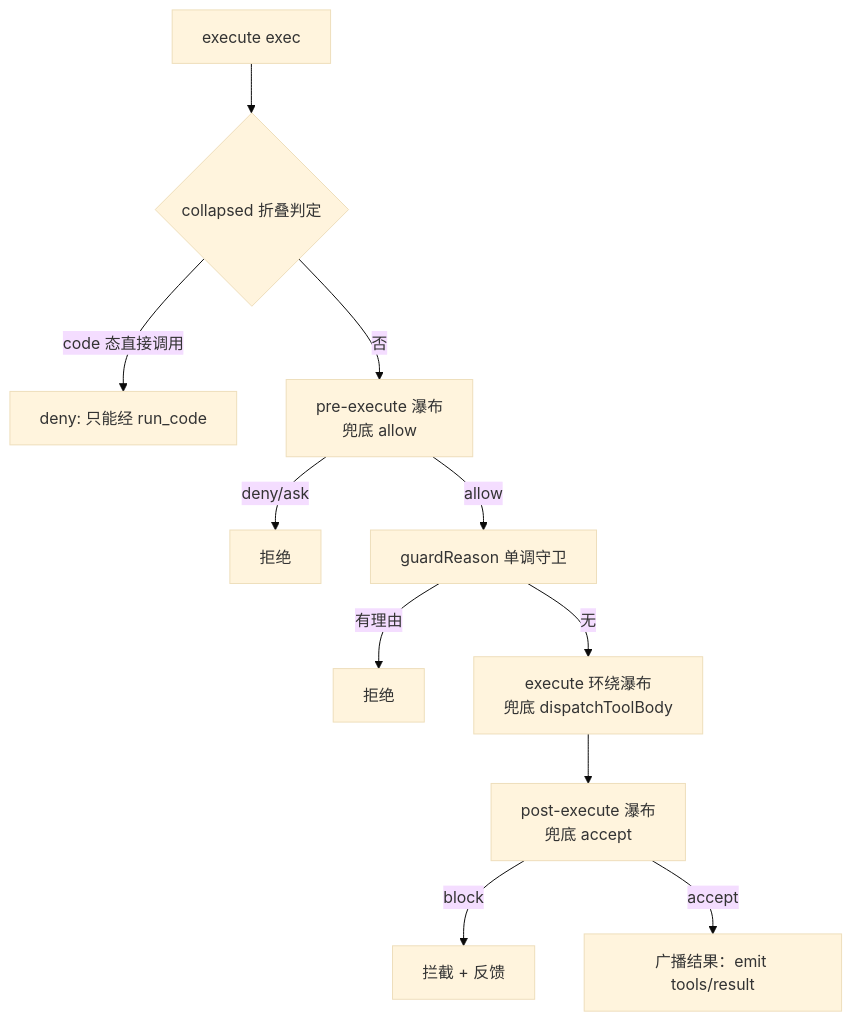
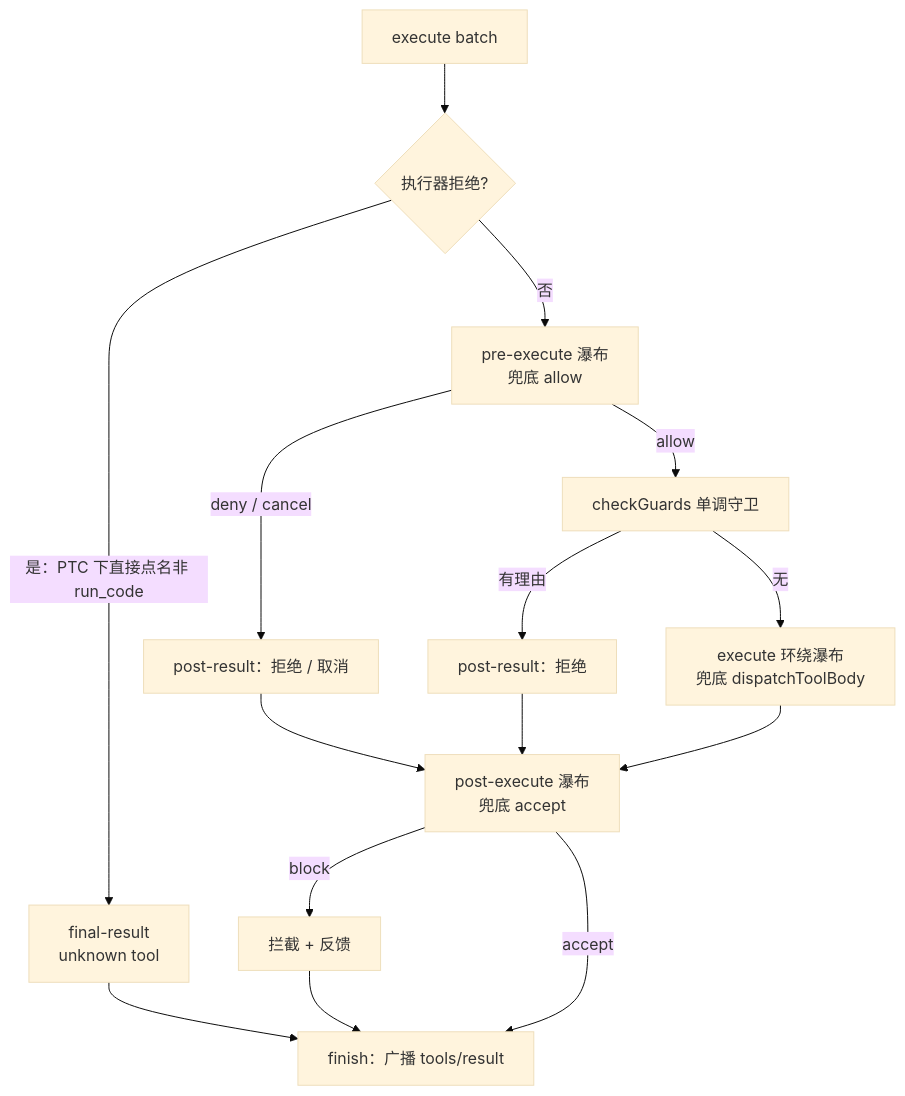
Before and after one commit to ChenYu1991ppak/deepseek-harness-anatomy: the third of 4 diagrams in ch04/ch04-tools-pipeline_zh.md, drawn with Mermaid (base theme). The commit also changed other lines of this file and 124 other files, not shown here.

````diff
--- a/ch04/ch04-tools-pipeline_zh.md
+++ b/ch04/ch04-tools-pipeline_zh.md
@@ -298,13 +405,17 @@
 ```mermaid
 flowchart TD
-    E[execute exec] --> C{collapsed 折叠判定}
-    C -->|code 态直接调用| D1[deny: 只能经 run_code]
-    C -->|否| P[pre-execute 瀑布<br/>兜底 allow]
-    P -->|deny/ask| D2[拒绝]
-    P -->|allow| G[guardReason 单调守卫]
-    G -->|有理由| D3[拒绝]
+    E[execute batch] --> R{执行器拒绝?}
+    R -->|是：PTC 下直接点名非 run_code| D0[final-result<br/>unknown tool]
+    R -->|否| P[pre-execute 瀑布<br/>兜底 allow]
+    P -->|deny / cancel| D2[post-result：拒绝 / 取消]
+    P -->|allow| G[checkGuards 单调守卫]
+    G -->|有理由| D3[post-result：拒绝]
     G -->|无| X[execute 环绕瀑布<br/>兜底 dispatchToolBody]
-    X --> R[post-execute 瀑布<br/>兜底 accept]
-    R -->|block| D4[拦截 + 反馈]
-    R -->|accept| F[广播结果：emit tools/result]
+    X --> R2[post-execute 瀑布<br/>兜底 accept]
+    D2 --> R2
+    D3 --> R2
+    R2 -->|block| D4[拦截 + 反馈]
+    R2 -->|accept| F[finish：广播 tools/result]
+    D4 --> F
+    D0 --> F
 ```
````
